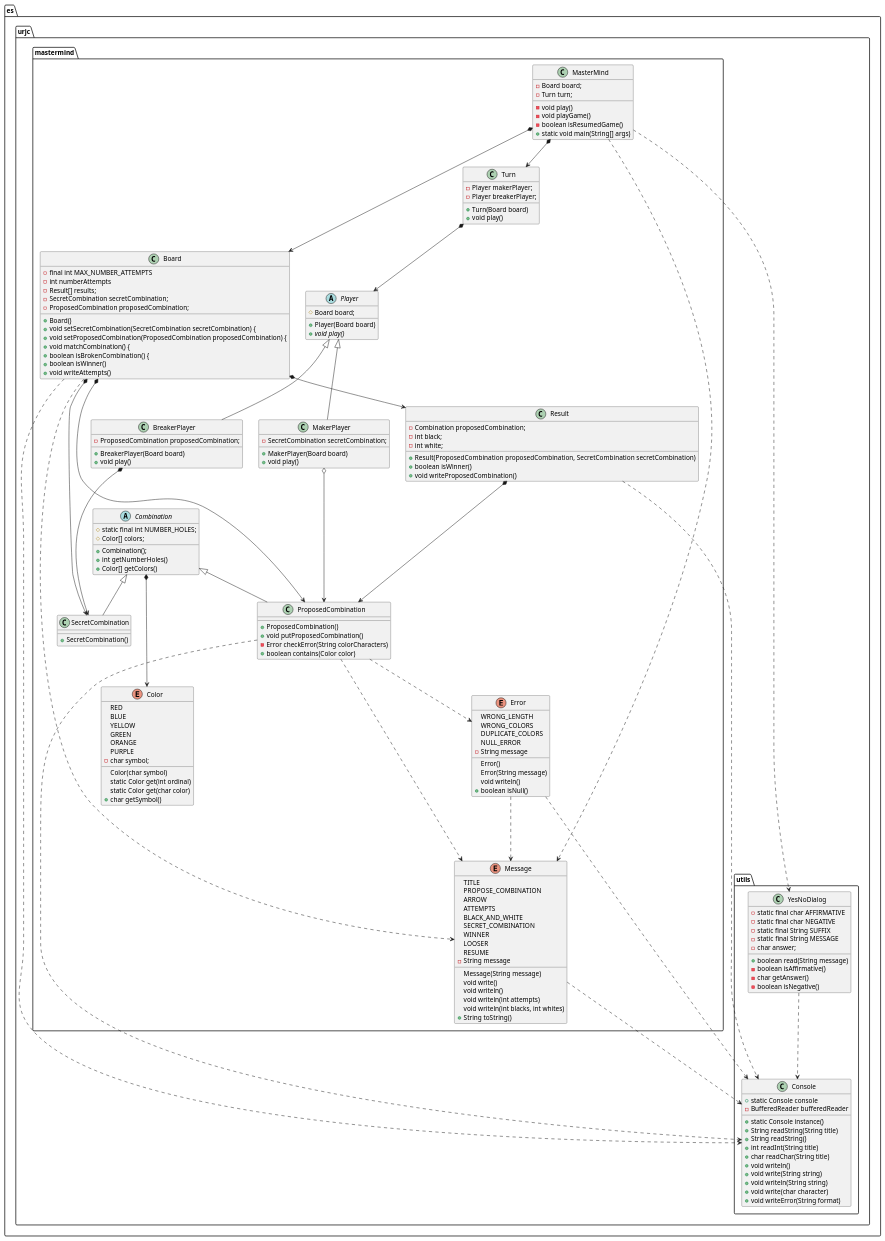
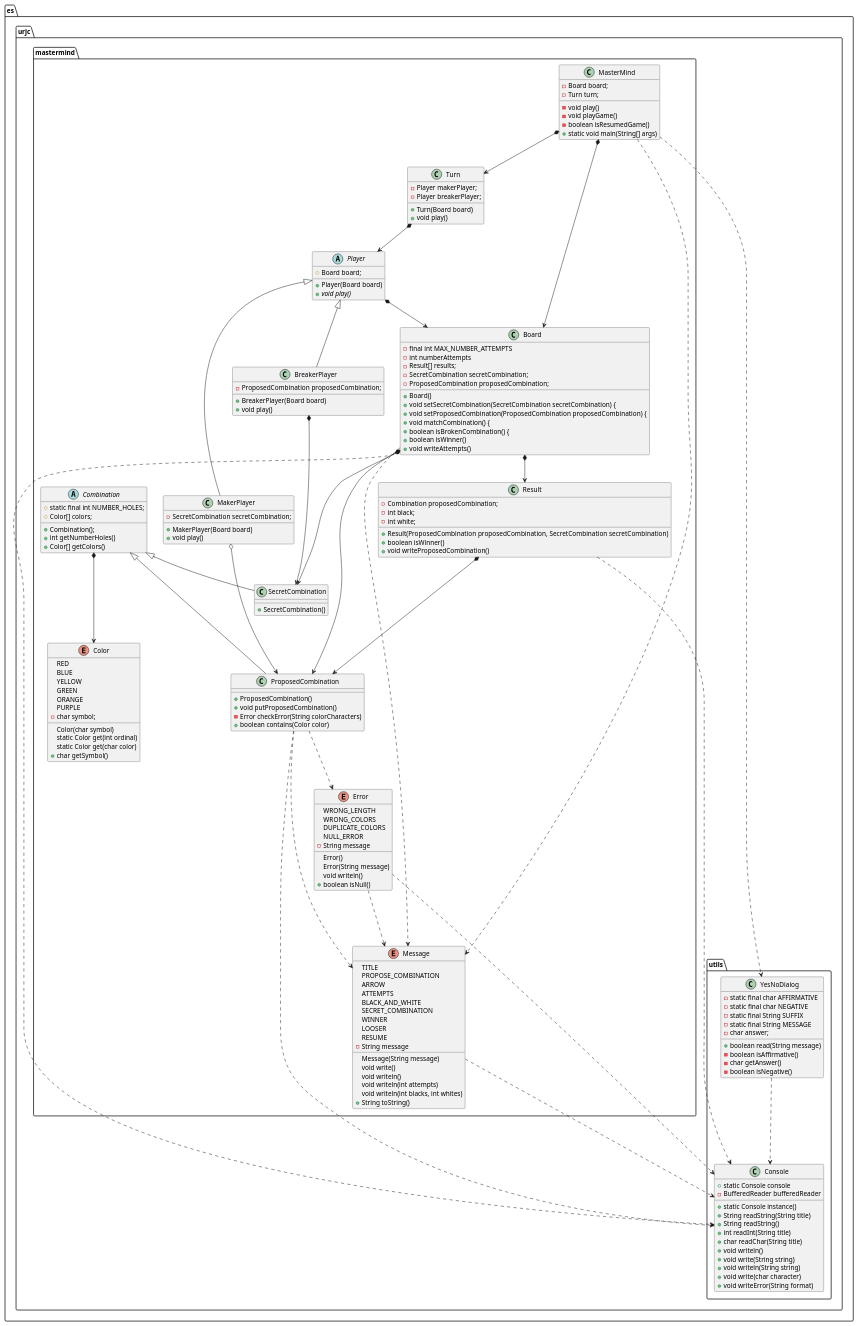
Before and after one commit to TheMercuryBeat/MasterMind: the diagram in docs/uml/MasterMindDesignModel.puml, drawn with PlantUML. The commit also changed 1 other file, not shown here.

```diff
--- a/docs/uml/MasterMindDesignModel.puml
+++ b/docs/uml/MasterMindDesignModel.puml
@@ -1,183 +1,184 @@
 @startuml
 
 package es.urjc.mastermind{
 
     class MasterMind{
         - Board board;
         - Turn turn;
         - void play()
         - void playGame()
         - boolean isResumedGame()
         + static void main(String[] args)
     }
 
     Class Board{
         - final int MAX_NUMBER_ATTEMPTS
         - int numberAttempts
         - Result[] results;
         - SecretCombination secretCombination;
         - ProposedCombination proposedCombination;
         + Board()
         + void setSecretCombination(SecretCombination secretCombination) {
         + void setProposedCombination(ProposedCombination proposedCombination) {
         + void matchCombination() {
         + boolean isBrokenCombination() {
         + boolean isWinner()
         + void writeAttempts()
     }
 
     class Turn {
         - Player makerPlayer;
         - Player breakerPlayer;
         + Turn(Board board)
         + void play()
     }
 
     abstract class Player {
         # Board board;
         + Player(Board board)
         + {abstract} void play()
     }
 
     class MakerPlayer extends Player {
         - SecretCombination secretCombination;
         + MakerPlayer(Board board)
         + void play()
     }
 
     class BreakerPlayer extends Player {
         - ProposedCombination proposedCombination;
         + BreakerPlayer(Board board)
         + void play()
     }
 
     abstract class Combination {
         # static final int NUMBER_HOLES;
         # Color[] colors;
         + Combination();
         + int getNumberHoles()
         + Color[] getColors()
     }
 
     class ProposedCombination extends Combination {
         + ProposedCombination()
         + void putProposedCombination()
         - Error checkError(String colorCharacters)
         + boolean contains(Color color)
     }
 
     class SecretCombination extends Combination {
         + SecretCombination()
     }
 
     class Result {
         - Combination proposedCombination;
         - int black;
         - int white;
         + Result(ProposedCombination proposedCombination, SecretCombination secretCombination)
         + boolean isWinner()
         + void writeProposedCombination()
     }
 
     enum Color {
 
         RED
         BLUE
         YELLOW
         GREEN
         ORANGE
         PURPLE
         - char symbol;
         Color(char symbol)
         static Color get(int ordinal)
         static Color get(char color)
         + char getSymbol()
     }
 
     enum Error {
 
         WRONG_LENGTH
         WRONG_COLORS
         DUPLICATE_COLORS
         NULL_ERROR
         - String message
         Error()
         Error(String message)
         void writeln()
         + boolean isNull()
     }
 
     enum Message {
         TITLE
         PROPOSE_COMBINATION
         ARROW
         ATTEMPTS
         BLACK_AND_WHITE
         SECRET_COMBINATION
         WINNER
         LOOSER
         RESUME
         - String message
         Message(String message)
         void write()
         void writeln()
         void writeln(int attempts)
         void writeln(int blacks, int whites)
         + String toString()
     }
 }
 
 package es.urjc.utils {
 
     class Console {
         + static Console console
         - BufferedReader bufferedReader
         + static Console instance()
         + String readString(String title)
         + String readString()
         + int readInt(String title)
         + char readChar(String title)
         + void writeln()
         + void write(String string)
         + void writeln(String string)
         + void write(char character)
         + void writeError(String format)
     }
 
     class YesNoDialog {
         - static final char AFFIRMATIVE
         - static final char NEGATIVE
         - static final String SUFFIX
         - static final String MESSAGE
         - char answer;
         + boolean read(String message)
         - boolean isAffirmative()
         - char getAnswer()
         - boolean isNegative()
    }
 
 }
 
 MasterMind *--> Board
 MasterMind *--> Turn
 Turn *--> Player
 Combination *---> Color
+Player *--> Board
 BreakerPlayer *---> SecretCombination
 MakerPlayer o---> ProposedCombination
 Board *--> Result
 Board *--> SecretCombination
 Board *--> ProposedCombination
 Result *---> ProposedCombination
 ProposedCombination ..> Error
 MasterMind ...> Message
 Board ...> Message
 Error ...> Message
 ProposedCombination ..> Message
 Board ...> Console
 Error ...> Console
 Message ...> Console
 ProposedCombination ...> Console
 Result ...> Console
 YesNoDialog ...> Console
 MasterMind ...> YesNoDialog
 @enduml
```
